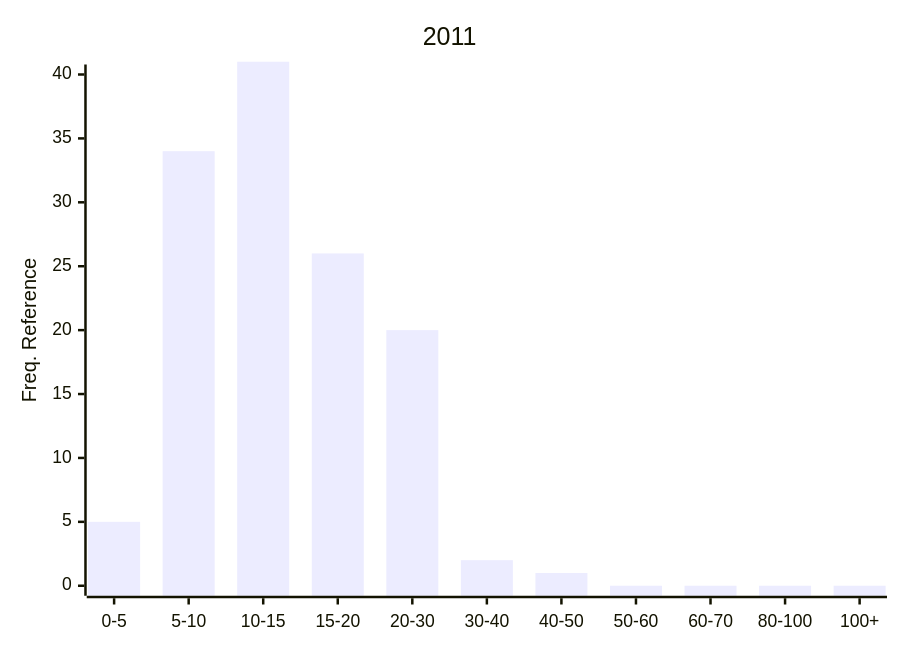
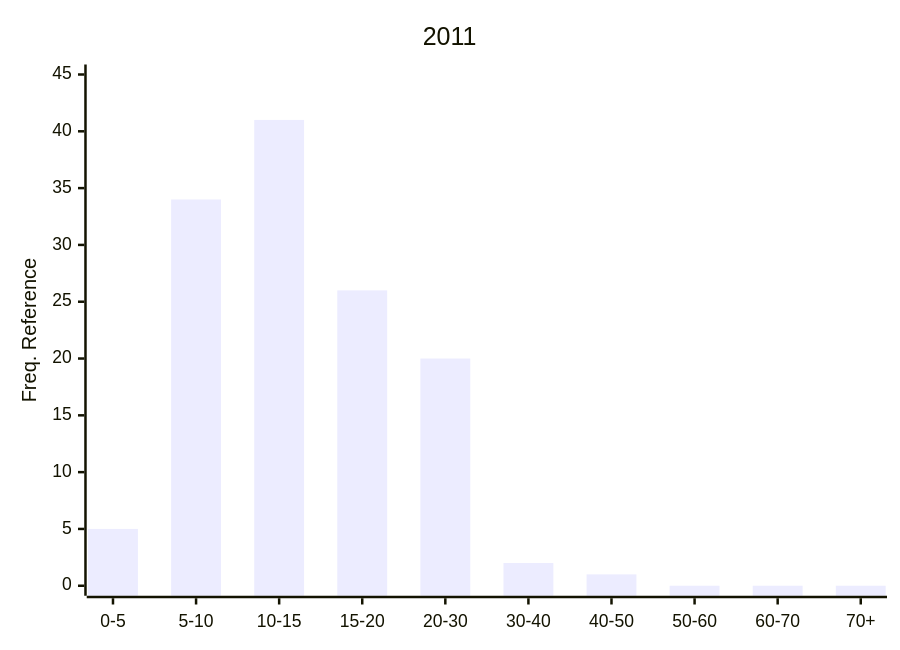
Diagram 15 of 29 in README.md (Nemus-Project/fair-nime-2026), drawn with Mermaid before and after one commit. The commit also changed other lines of this file, not shown here.

Commit message:
add freq charts

````diff
--- a/README.md
+++ b/README.md
@@ -565,7 +568,7 @@
 ```mermaid
 xychart-beta
     title "2011"
-    x-axis ["0-5", "5-10", "10-15", "15-20", "20-30", "30-40", "40-50", "50-60", "60-70", "80-100", "100+"]
-    y-axis "Freq. Reference" 0 --> 40
-    bar [5, 34, 41, 26, 20, 2, 1, 0, 0, 0, 0]
+    x-axis ["0-5", "5-10", "10-15", "15-20", "20-30", "30-40", "40-50", "50-60", "60-70", "70+"]
+    y-axis "Freq. Reference" 0 --> 45
+    bar [5, 34, 41, 26, 20, 2, 1, 0, 0, 0]
 ```    
````
